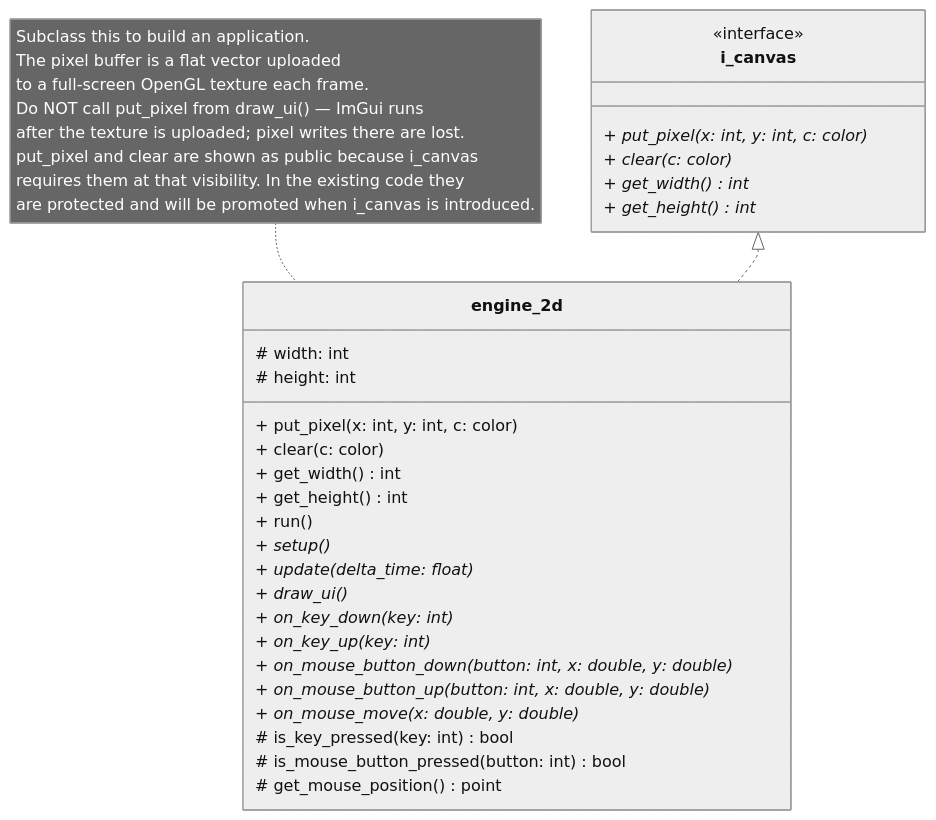
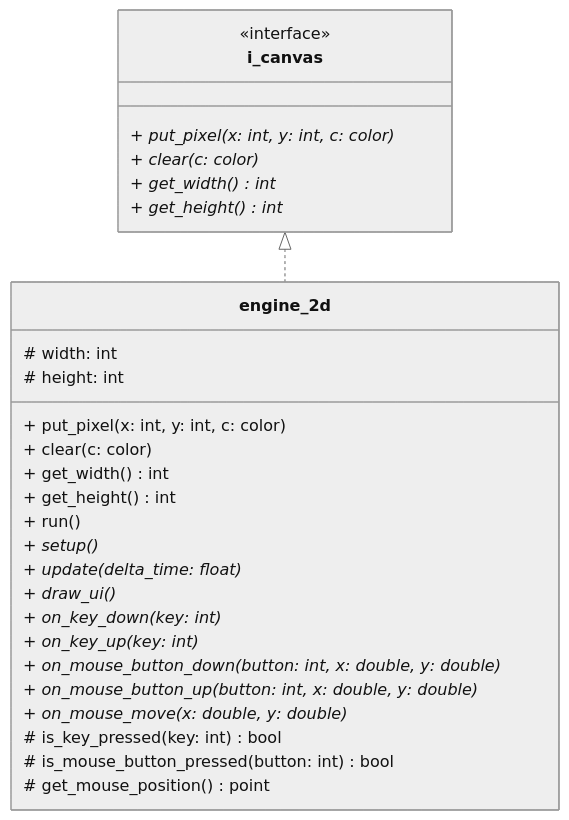
One commit to MiguelCiav/pain_t changed the diagram in diagrams/engine.md. Above: the diagram before and after it, drawn with Mermaid (neutral theme). The commit also changed other lines of this file and 4 other files, not shown here.

Commit message:
chore: move notes from diagrams to markdowns

````diff
--- a/diagrams/engine.md
+++ b/diagrams/engine.md
@@ -6,41 +6,33 @@
 ```mermaid
 classDiagram
     class i_canvas {
         <<interface>>
         + put_pixel(x: int, y: int, c: color)*
         + clear(c: color)*
         + get_width() int*
         + get_height() int*
     }
 
     class engine_2d {
         # width: int
         # height: int
         + put_pixel(x: int, y: int, c: color)
         + clear(c: color)
         + get_width() int
         + get_height() int
         + run()
         + setup()*
         + update(delta_time: float)*
         + draw_ui()*
         + on_key_down(key: int)*
         + on_key_up(key: int)*
         + on_mouse_button_down(button: int, x: double, y: double)*
         + on_mouse_button_up(button: int, x: double, y: double)*
         + on_mouse_move(x: double, y: double)*
         # is_key_pressed(key: int) bool
         # is_mouse_button_pressed(button: int) bool
         # get_mouse_position() point
     }
-    note for engine_2d "Subclass this to build an application.
-The pixel buffer is a flat vector uploaded
-to a full-screen OpenGL texture each frame.
-Do NOT call put_pixel from draw_ui() — ImGui runs
-after the texture is uploaded; pixel writes there are lost.
-put_pixel and clear are shown as public because i_canvas
-requires them at that visibility. In the existing code they
-are protected and will be promoted when i_canvas is introduced."
 
     i_canvas <|.. engine_2d
 ```
````
